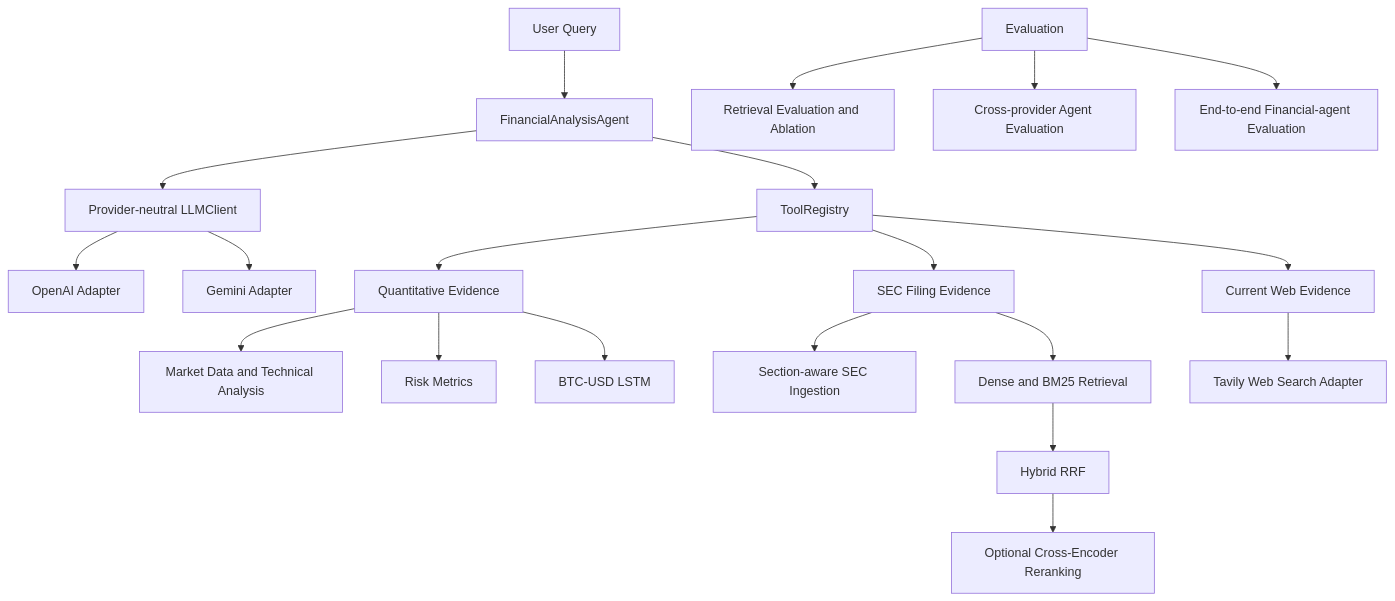
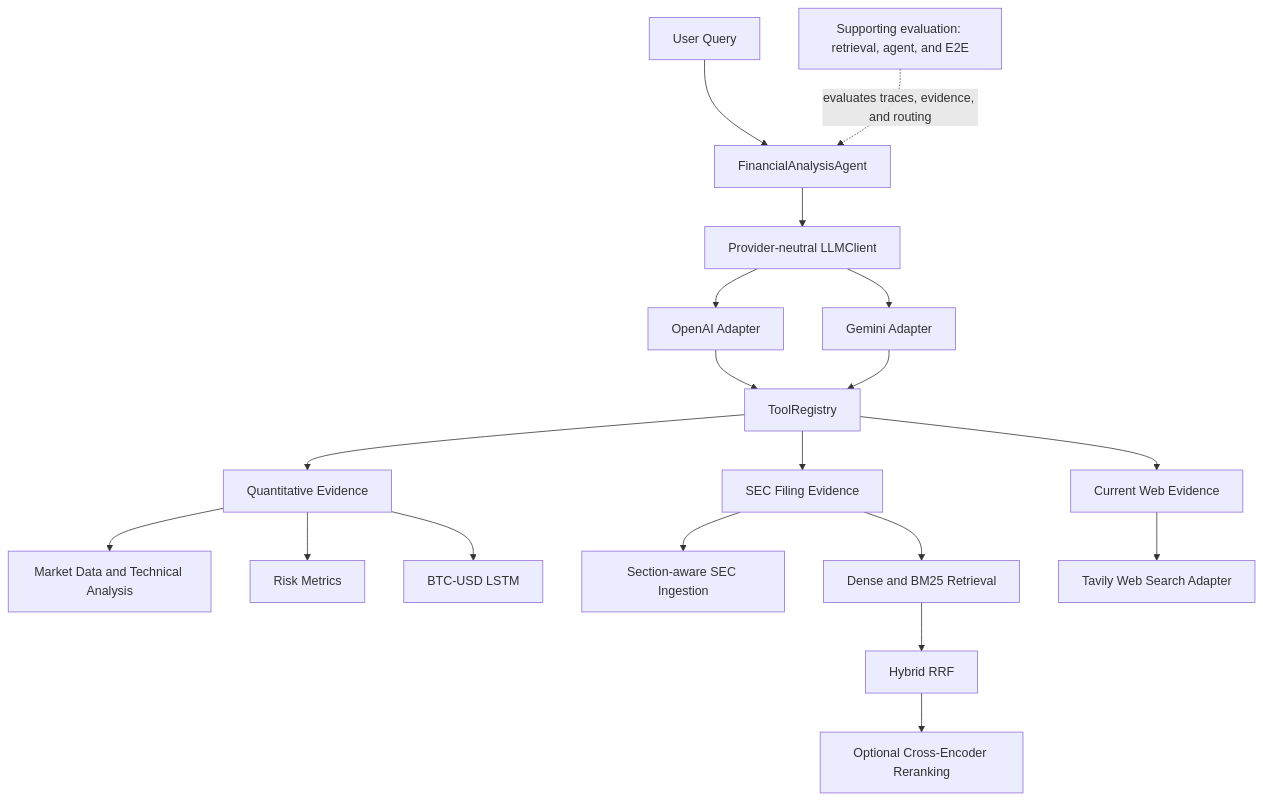
One commit to Alan0817/LSTMCryptoPrediction changed the diagram in README.md. Above: the diagram before and after it, drawn with Mermaid. The commit also changed other lines of this file, not shown here.

Commit message:
Polish financial research agent portfolio documentation

````diff
--- a/README.md
+++ b/README.md
@@ -33,22 +33,21 @@
 ```mermaid
 flowchart TD
     U[User Query] --> A[FinancialAnalysisAgent]
     A --> L[Provider-neutral LLMClient]
     L --> O[OpenAI Adapter]
     L --> G[Gemini Adapter]
-    A --> R[ToolRegistry]
+    O --> R[ToolRegistry]
+    G --> R
     R --> Q[Quantitative Evidence]
     Q --> M[Market Data and Technical Analysis]
     Q --> K[Risk Metrics]
     Q --> B[BTC-USD LSTM]
     R --> S[SEC Filing Evidence]
     S --> I[Section-aware SEC Ingestion]
     S --> D[Dense and BM25 Retrieval]
     D --> H[Hybrid RRF]
     H --> X[Optional Cross-Encoder Reranking]
     R --> W[Current Web Evidence]
     W --> T[Tavily Web Search Adapter]
-    E[Evaluation] --> RE[Retrieval Evaluation and Ablation]
-    E --> AE[Cross-provider Agent Evaluation]
-    E --> EE[End-to-end Financial-agent Evaluation]
+    EV[Supporting evaluation: retrieval, agent, and E2E] -. evaluates traces, evidence, and routing .-> A
 ```
````
